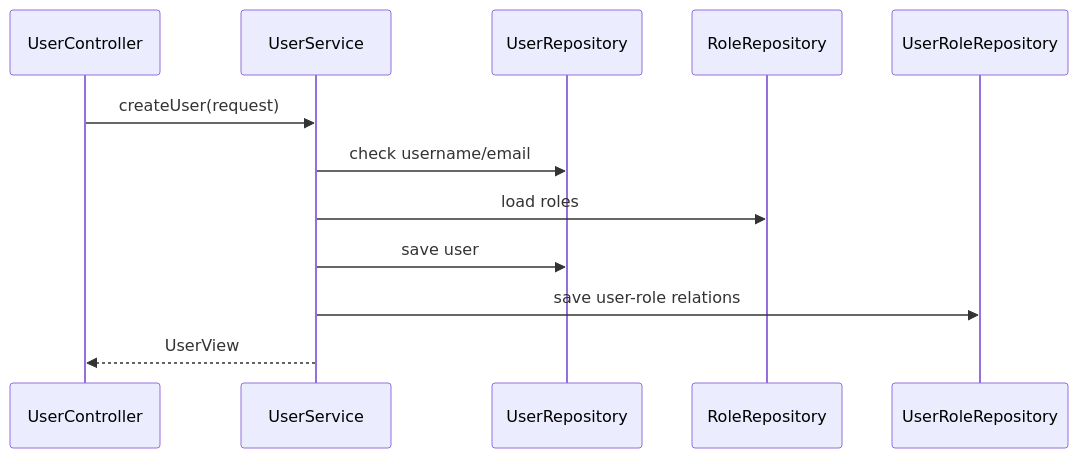
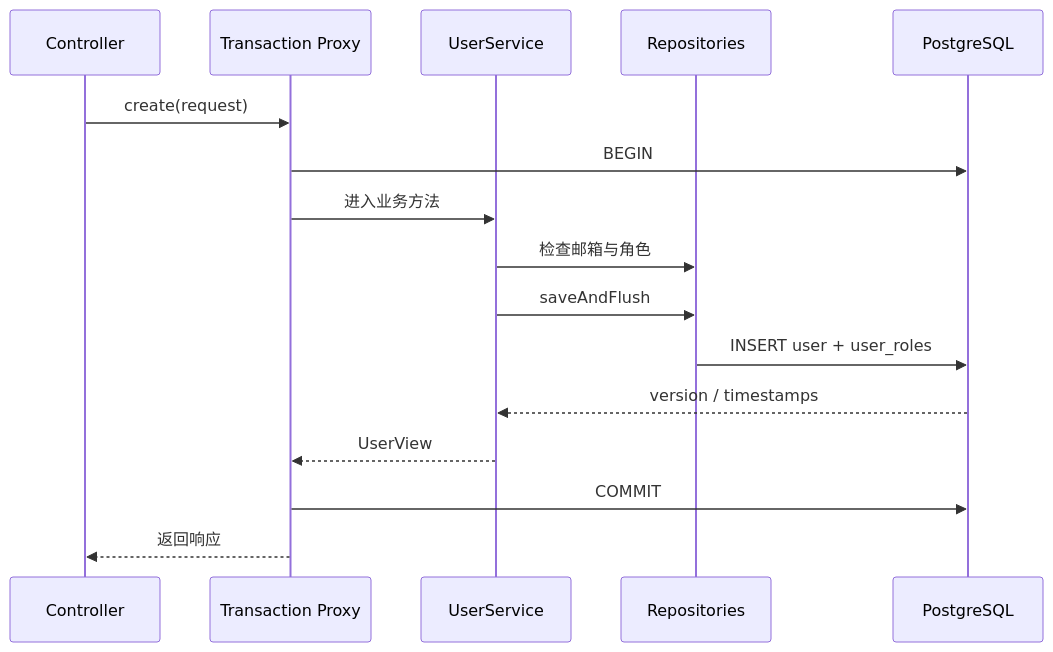
The fourth of 6 diagrams in docs/java/spring-boot-project-from-zero.md (yokry-he/yok-study-web), drawn with Mermaid before and after one commit. The commit also changed other lines of this file and 277 other files, not shown here.

````diff
--- a/docs/java/spring-boot-project-from-zero.md
+++ b/docs/java/spring-boot-project-from-zero.md
@@ -366,14 +360,18 @@
 ```mermaid
 sequenceDiagram
-  participant API as UserController
+  participant C as Controller
+  participant P as Transaction Proxy
   participant S as UserService
-  participant U as UserRepository
-  participant R as RoleRepository
-  participant UR as UserRoleRepository
-  API->>S: createUser(request)
-  S->>U: check username/email
-  S->>R: load roles
-  S->>U: save user
-  S->>UR: save user-role relations
-  S-->>API: UserView
+  participant R as Repositories
+  participant DB as PostgreSQL
+  C->>P: create(request)
+  P->>DB: BEGIN
+  P->>S: 进入业务方法
+  S->>R: 检查邮箱与角色
+  S->>R: saveAndFlush
+  R->>DB: INSERT user + user_roles
+  DB-->>S: version / timestamps
+  S-->>P: UserView
+  P->>DB: COMMIT
+  P-->>C: 返回响应
 ```
````
